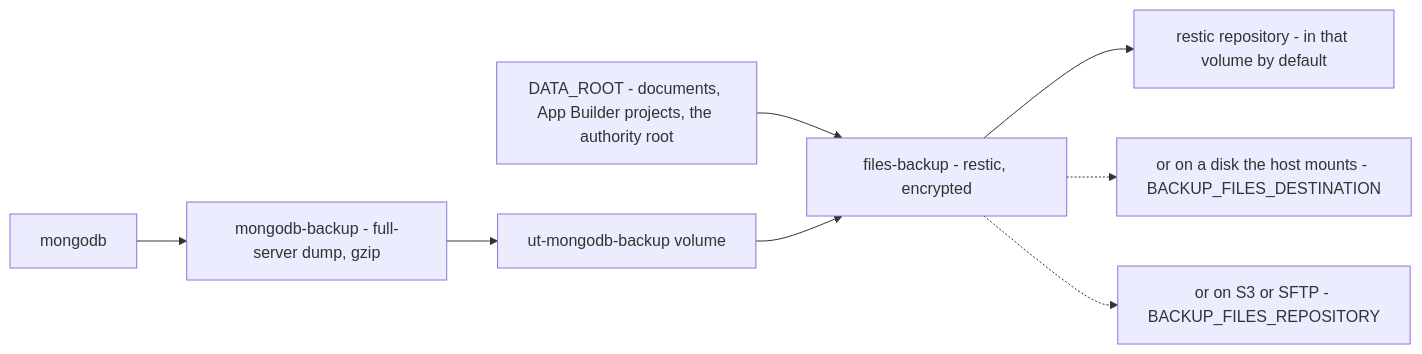
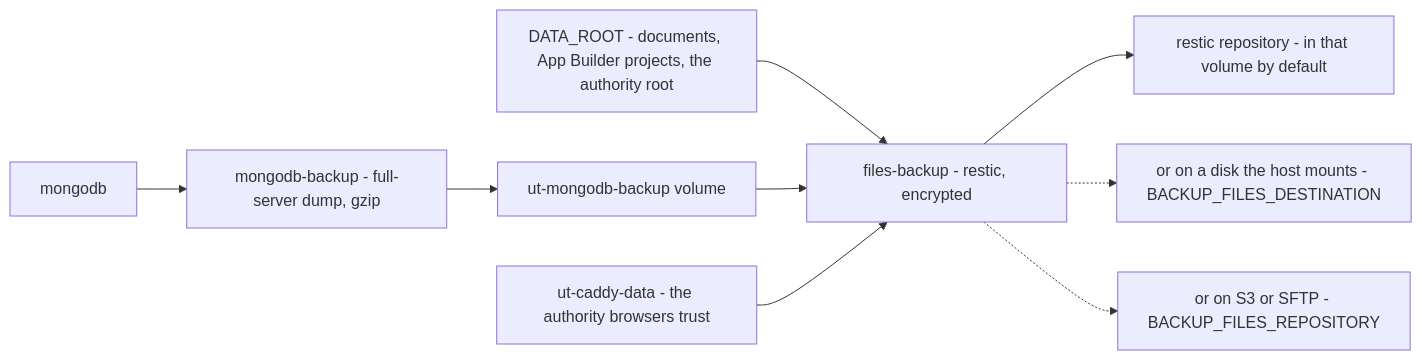
Before and after one commit to understand-tech/ai-in-a-box: the diagram in docs/restore.md, drawn with Mermaid. The commit also changed other lines of this file and 5 other files, not shown here.

First line of the commit message:
Back up the authority behind the HTTPS certificate, so a restore changes nothing for browsers

````diff
--- a/docs/restore.md
+++ b/docs/restore.md
@@ -17,17 +17,19 @@
 ```mermaid
 flowchart LR
     MONGO["mongodb"]
     DBBACKUP["mongodb-backup - full-server dump, gzip"]
     DUMPS["ut-mongodb-backup volume"]
     DATAROOT["DATA_ROOT - documents, App Builder projects, the authority root"]
+    HTTPSCA["ut-caddy-data - the authority browsers trust"]
     FILESBACKUP["files-backup - restic, encrypted"]
     REPO["restic repository - in that volume by default"]
     MOUNTED["or on a disk the host mounts - BACKUP_FILES_DESTINATION"]
     REMOTE["or on S3 or SFTP - BACKUP_FILES_REPOSITORY"]
     MONGO --> DBBACKUP --> DUMPS
     DATAROOT --> FILESBACKUP
     DUMPS --> FILESBACKUP
+    HTTPSCA --> FILESBACKUP
     FILESBACKUP --> REPO
     FILESBACKUP -.-> MOUNTED
     FILESBACKUP -.-> REMOTE
 ```
````
